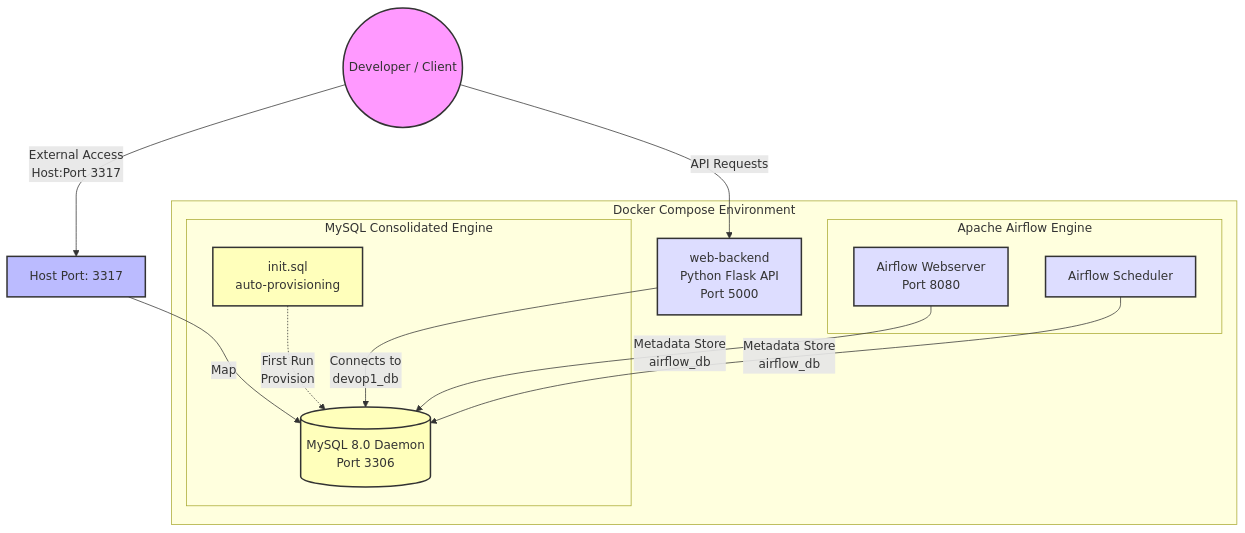
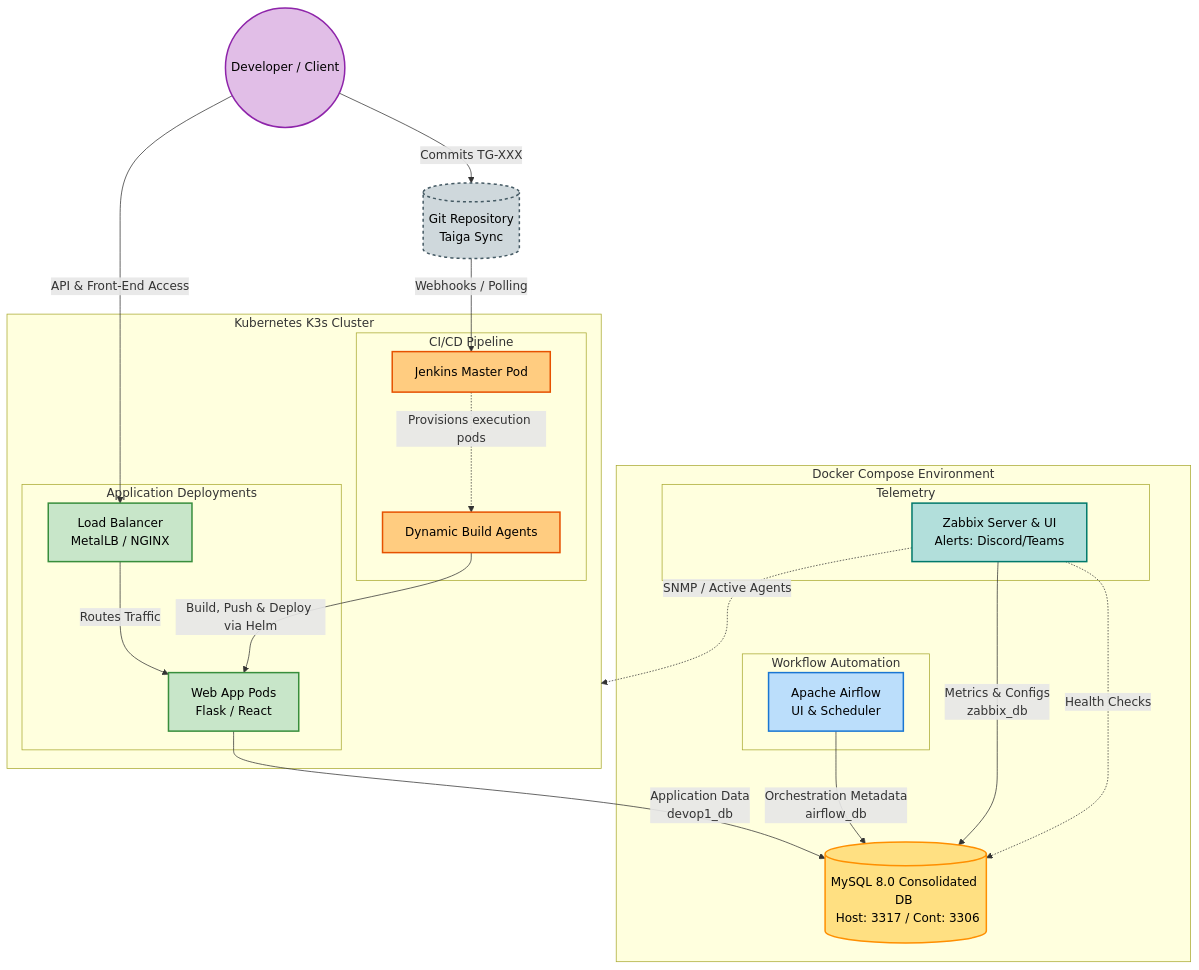
One commit to lanfr144/DEVOP1 changed the diagram in README.md. Above: the diagram before and after it, drawn with Mermaid.

Commit message:
TG-105: Update architecture diagram in README.md to represent full system scope

````diff
--- a/README.md
+++ b/README.md
@@ -18,40 +18,57 @@
 ```mermaid
 graph TD
-    %% Define styles
-    classDef client fill:#f9f,stroke:#333,stroke-width:2px;
-    classDef gateway fill:#bbf,stroke:#333,stroke-width:2px;
-    classDef app fill:#ddf,stroke:#333,stroke-width:2px;
-    classDef storage fill:#ffb,stroke:#333,stroke-width:2px;
-    classDef monitor fill:#ffd,stroke:#333,stroke-width:2px;
-    
-    %% Elements
-    User((Developer / Client)):::client
-    HostPort[Host Port: 3317]:::gateway
-    
+    %% Define Node Styles
+    classDef user fill:#e1bee7,stroke:#8e24aa,stroke-width:2px,color:#000;
+    classDef git fill:#cfd8dc,stroke:#455a64,stroke-width:2px,stroke-dasharray: 4 4,color:#000;
+    classDef db fill:#ffe082,stroke:#ff8f00,stroke-width:2px,color:#000;
+    classDef app fill:#bbdefb,stroke:#1976d2,stroke-width:2px,color:#000;
+    classDef mon fill:#b2dfdb,stroke:#00796b,stroke-width:2px,color:#000;
+    classDef k8s fill:#c8e6c9,stroke:#388e3c,stroke-width:2px,color:#000;
+    classDef cicd fill:#ffcc80,stroke:#e65100,stroke-width:2px,color:#000;
+
+    User((Developer / Client)):::user
+    Git[(Git Repository <br> Taiga Sync)]:::git
+
     subgraph DockerCompose [Docker Compose Environment]
-        WebBackend[web-backend <br> Python Flask API <br> Port 5000]:::app
+        MySQL[(MySQL 8.0 Consolidated DB <br> Host: 3317 / Cont: 3306)]:::db
         
-        subgraph MySQL_Stack [MySQL Consolidated Engine]
-            MySQL_DB[(MySQL 8.0 Daemon <br> Port 3306)]:::storage
-            InitScript[init.sql <br> auto-provisioning]:::gateway
+        subgraph AirflowStack [Workflow Automation]
+            Airflow[Apache Airflow <br> UI & Scheduler]:::app
         end
         
-        subgraph Airflow_Stack [Apache Airflow Engine]
-            AirflowWeb[Airflow Webserver <br> Port 8080]:::app
-            AirflowSch[Airflow Scheduler]:::app
+        subgraph MonitorStack [Telemetry]
+            Zabbix[Zabbix Server & UI <br> Alerts: Discord/Teams]:::mon
         end
     end
+
+    subgraph K3s [Kubernetes K3s Cluster]
+        subgraph CICD [CI/CD Pipeline]
+            JenkinsMaster[Jenkins Master Pod]:::cicd
+            JenkinsAgent[Dynamic Build Agents]:::cicd
+        end
+        
+        subgraph Workloads [Application Deployments]
+            WebApp[Web App Pods <br> Flask / React]:::k8s
+            LB[Load Balancer <br> MetalLB / NGINX]:::k8s
+        end
+    end
+
+    %% Developer & User Workflows
+    User -->|API & Front-End Access| LB
+    LB -->|Routes Traffic| WebApp
+    User -->|Commits TG-XXX| Git
     
-    %% Flows
-    User -->|API Requests| WebBackend
-    User -->|External Access <br> Host:Port 3317| HostPort
-    HostPort -->|Map| MySQL_DB
+    %% CI/CD Data Flow
+    Git -->|Webhooks / Polling| JenkinsMaster
+    JenkinsMaster -.->|Provisions execution pods| JenkinsAgent
+    JenkinsAgent -->|Build, Push & Deploy via Helm| WebApp
     
-    InitScript -.->|First Run <br> Provision| MySQL_DB
-    WebBackend -->|Connects to <br> devop1_db| MySQL_DB
+    %% Unified Database Connectivity
+    WebApp -->|Application Data <br> devop1_db| MySQL
+    Airflow -->|Orchestration Metadata <br> airflow_db| MySQL
+    Zabbix -->|Metrics & Configs <br> zabbix_db| MySQL
     
-    AirflowWeb -->|Metadata Store <br> airflow_db| MySQL_DB
-    AirflowSch -->|Metadata Store <br> airflow_db| MySQL_DB
-    
-    class MySQL_DB,InitScript storage;
+    %% Monitoring Overlays
+    Zabbix -.->|SNMP / Active Agents| K3s
+    Zabbix -.->|Health Checks| MySQL
 ```
````
